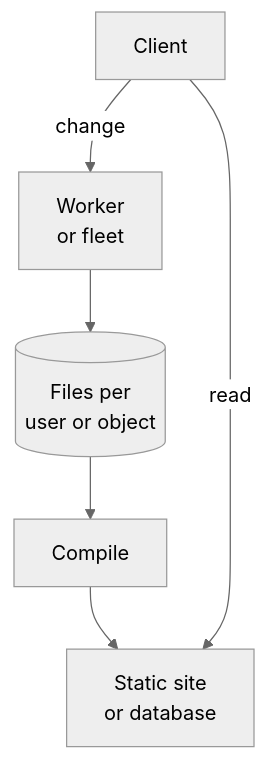
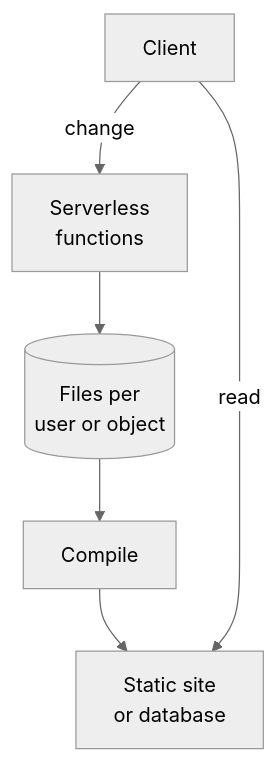
The diagram in README.md (bristweb/yafidb), drawn with Mermaid (neutral theme) before and after one commit. The commit also changed other lines of this file, not shown here.

Commit message:
Label workers as serverless functions

````diff
--- a/README.md
+++ b/README.md
@@ -9,9 +9,9 @@
 ```mermaid
 flowchart TB
     C[Client]
-    C -->|change| W[Worker<br/>or fleet]
+    C -->|change| W[Serverless<br/>functions]
     W --> F[(Files per<br/>user or object)]
     F --> K[Compile]
     K --> S[Static site<br/>or database]
     C -->|read| S
 ```
````
